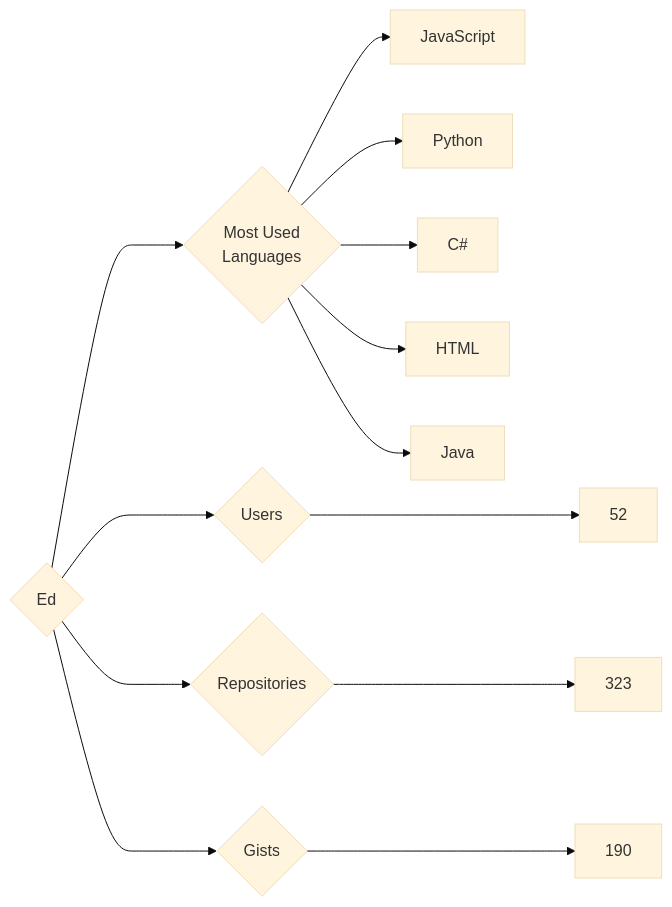
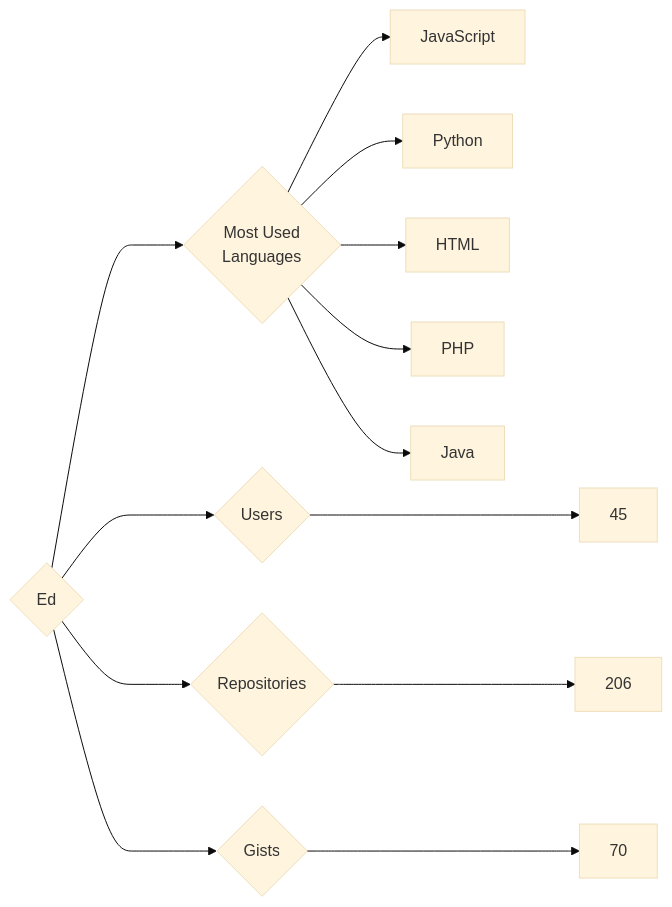
The diagram in targets/Ed/README.md (trickest/insiders), drawn with Mermaid (base theme) before and after one commit. The commit also changed 927 other files, not shown here.

````diff
--- a/targets/Ed/README.md
+++ b/targets/Ed/README.md
@@ -3,13 +3,13 @@
 ```mermaid
 graph LR
 COMPANY_NAME{Ed}
-COMPANY_NAME ---> U{Users} ---> UN[52]
-COMPANY_NAME ---> R{Repositories} ---> RN[323]
-COMPANY_NAME ---> G{Gists} ---> GN[190]
+COMPANY_NAME ---> U{Users} ---> UN[45]
+COMPANY_NAME ---> R{Repositories} ---> RN[206]
+COMPANY_NAME ---> G{Gists} ---> GN[70]
 COMPANY_NAME ---> ML{Most Used<br>Languages}
 ML --> JavaScript[JavaScript]
 ML --> Python[Python]
-ML --> C#[C#]
 ML --> HTML[HTML]
+ML --> PHP[PHP]
 ML --> Java[Java]
 ```
````
